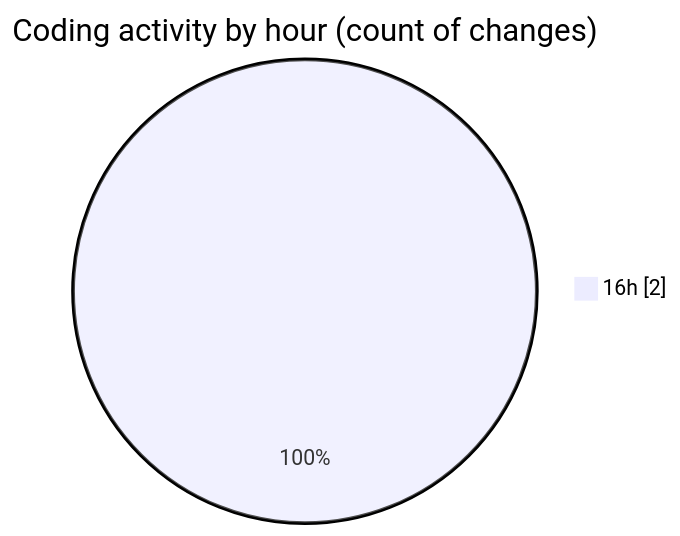
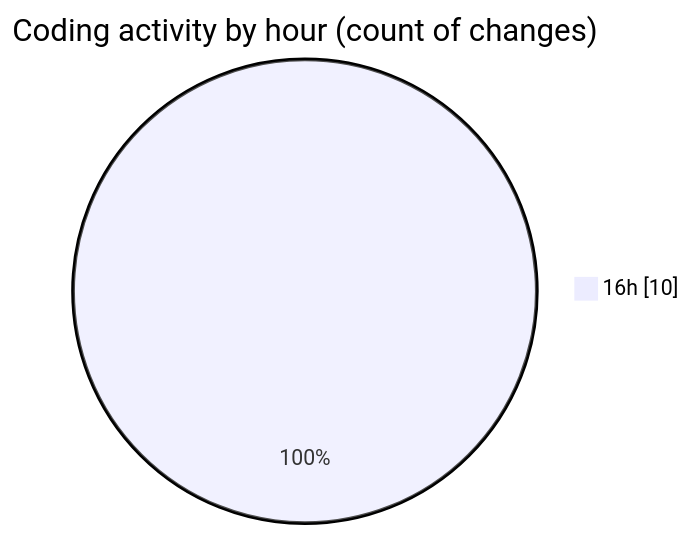
One commit to idhammustaqopulfikri/code-tracking changed the second of 2 diagrams in 2025-05-28/studio-backend/README.md. Above: the diagram before and after it, drawn with Mermaid. The commit also changed other lines of this file and 1 other file, not shown here.

````diff
--- a/2025-05-28/studio-backend/README.md
+++ b/2025-05-28/studio-backend/README.md
@@ -28,5 +32,5 @@
 ```mermaid
 pie showData
 title Coding activity by hour (count of changes)
-"16h" : 2
+"16h" : 10
 ```
````
